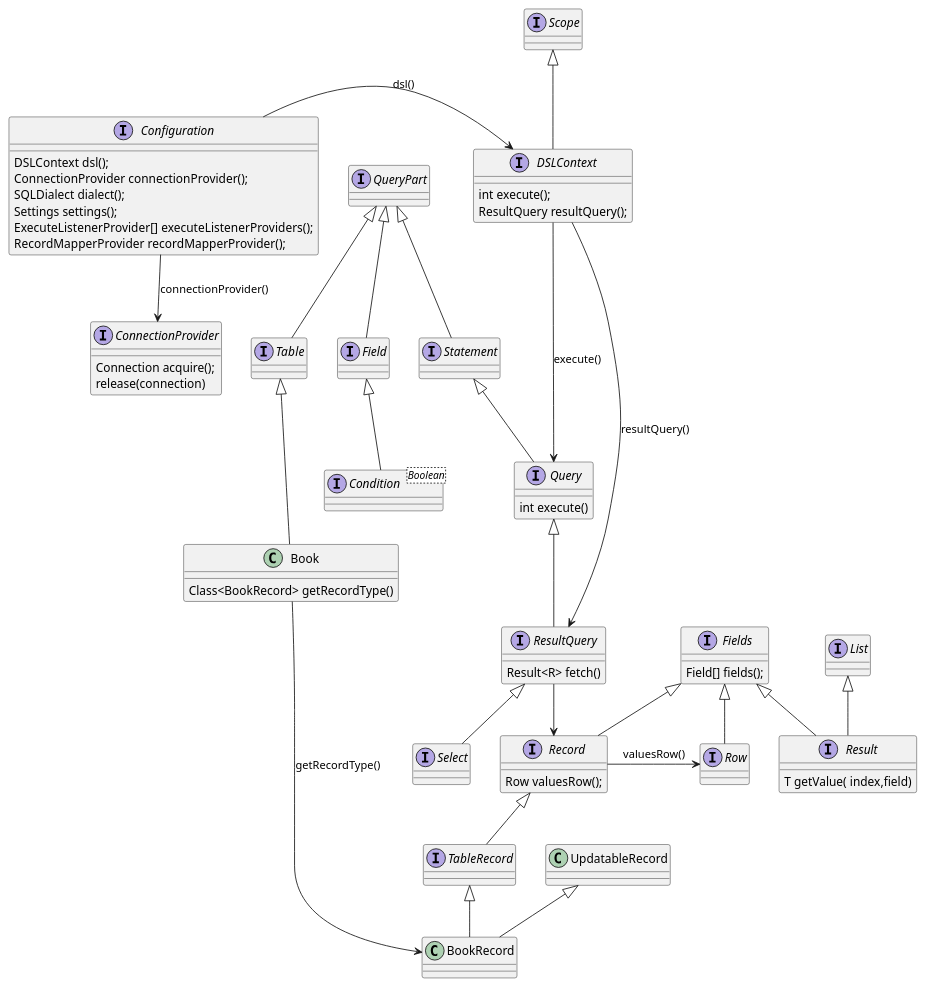
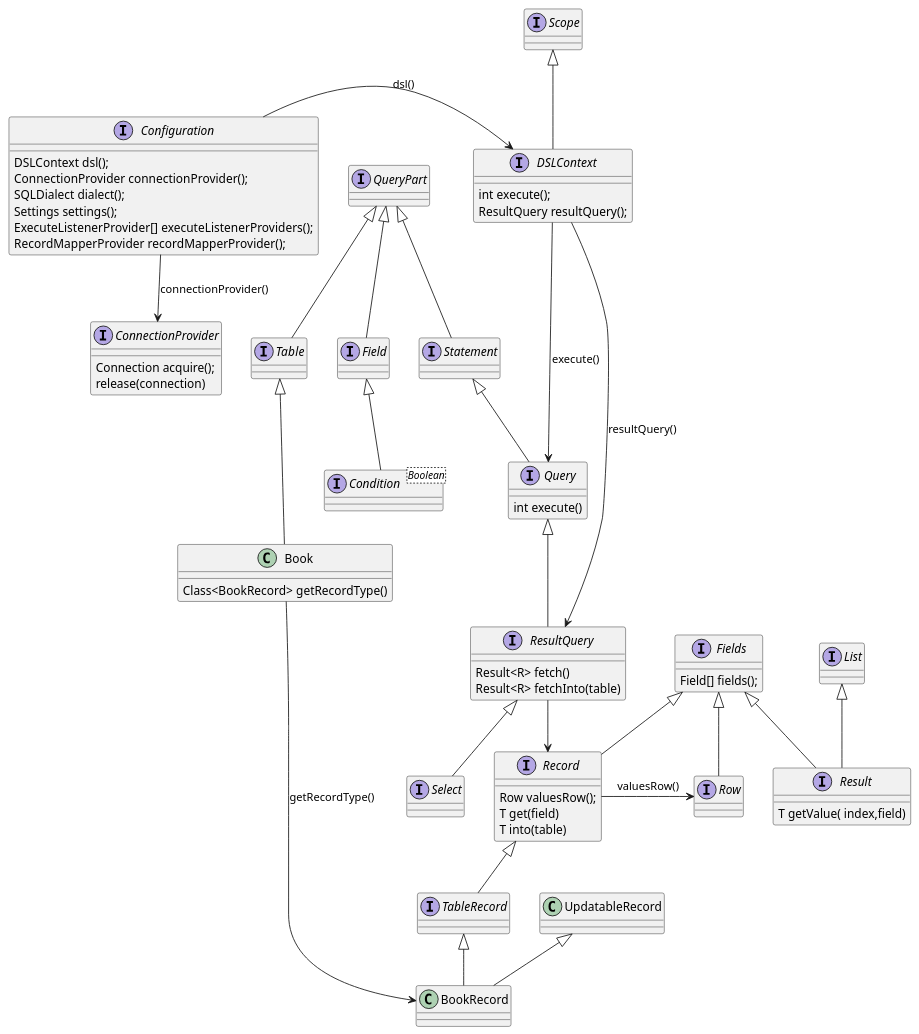
One commit to linux-china/jooq-demo changed the diagram in jooq-clazz.puml. Above: the diagram before and after it, drawn with PlantUML.

Commit message:
chore: polishing

```diff
--- a/jooq-clazz.puml
+++ b/jooq-clazz.puml
@@ -1,104 +1,107 @@
 @startuml
 'https://plantuml.com/class-diagram
 
 interface Configuration {
    DSLContext dsl();
    ConnectionProvider connectionProvider();
    SQLDialect dialect();
    Settings settings();
    ExecuteListenerProvider[] executeListenerProviders();
    RecordMapperProvider recordMapperProvider();
 }
 
 interface Scope
 
 interface DSLContext extends Scope {
    int execute();
    ResultQuery resultQuery();
 }
 
 interface ConnectionProvider {
    Connection acquire();
    release(connection)
 }
 
 Configuration -> DSLContext : dsl()
 Configuration --> ConnectionProvider : connectionProvider()
 
 
 interface QueryPart {
 }
 
 ' any SQL statement
 interface Statement extends QueryPart {
 }
 
 ' Any query
 interface Query extends Statement {
    int execute()
 }
 
 '  select query
 interface ResultQuery extends Query {
    Result<R> fetch()
+   Result<R> fetchInto(table)
 }
 
 ResultQuery --> Record
 
 ' query result
 interface Result extends List, Fields {
    T getValue( index,field)
 }
 
 interface Fields {
   Field[] fields();
 }
 
 ' A SELECT statement
 interface Select extends ResultQuery {
 
 }
 
 ' column expression
 interface Field extends QueryPart {
 
 }
 
 ' A condition or predicate.
 interface Condition<Boolean> extends Field<Boolean> {
 }
 
 ' A table
 interface Table extends QueryPart {
 
 }
 
 ' A record essentially combines a list of columns
 interface Record extends Fields {
    Row valuesRow();
+   T get(field)
+   T into(table)
 }
 
 ' A row value expression.
 interface Row extends Fields {
 
 }
 
 Record -> Row : valuesRow()
 
 DSLContext ---> Query : execute()
 DSLContext ---> ResultQuery : resultQuery()
 
 ' TableRecord
 interface TableRecord extends Record
 
 class Book extends Table {
    Class<BookRecord> getRecordType()
 }
 
 Book --> BookRecord: getRecordType()
 
 class BookRecord extends TableRecord, UpdatableRecord
 
 
 
 @enduml
```
